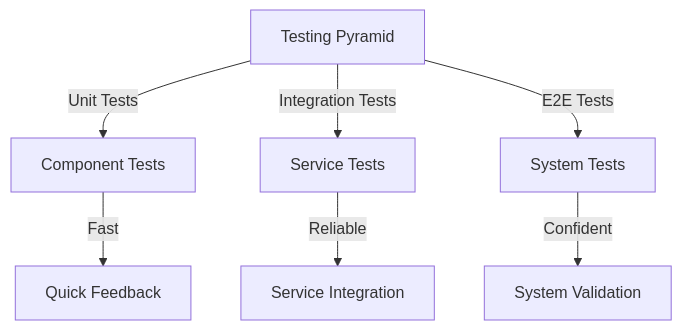
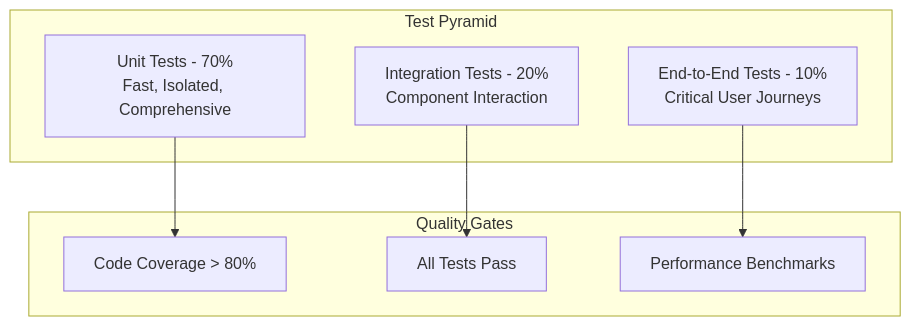
Before and after one commit to flamingo-stack/openframe-oss-tenant: the diagram in docs/development/testing/overview.md, drawn with Mermaid. The commit also changed other lines of this file and 9 other files, not shown here.

````diff
--- a/docs/development/testing/overview.md
+++ b/docs/development/testing/overview.md
@@ -7,9 +11,18 @@
 ```mermaid
 graph TD
-    A[Testing Pyramid] -->|Unit Tests| B[Component Tests]
-    A -->|Integration Tests| C[Service Tests]
-    A -->|E2E Tests| D[System Tests]
-    B -->|Fast| E[Quick Feedback]
-    C -->|Reliable| F[Service Integration]
-    D -->|Confident| G[System Validation]
+    subgraph "Test Pyramid"
+        A[Unit Tests - 70%<br/>Fast, Isolated, Comprehensive]
+        B[Integration Tests - 20%<br/>Component Interaction]
+        C[End-to-End Tests - 10%<br/>Critical User Journeys]
+    end
+    
+    subgraph "Quality Gates"
+        D[Code Coverage > 80%]
+        E[All Tests Pass]
+        F[Performance Benchmarks]
+    end
+    
+    A --> D
+    B --> E
+    C --> F
 ```
````
